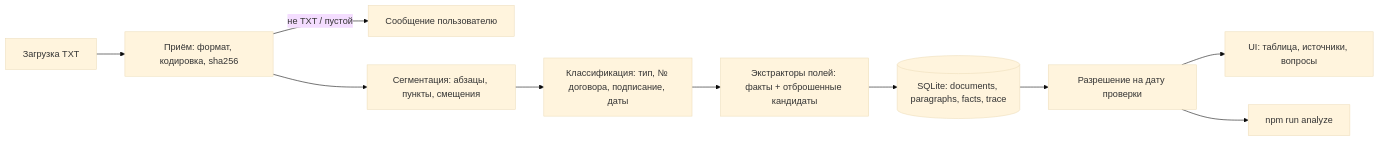
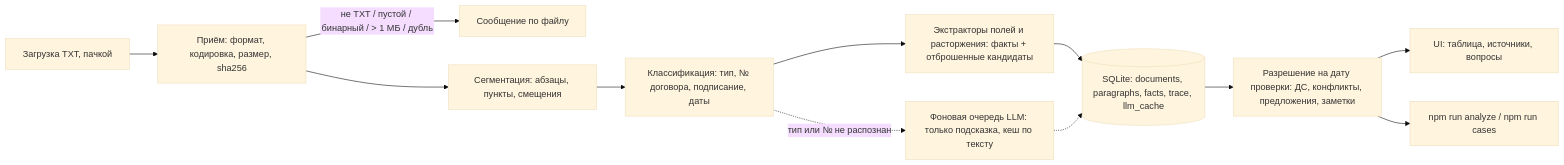
Before and after one commit to Abrosmaan/Test_Case_PO: the diagram in README.md, drawn with Mermaid (base theme). The commit also changed other lines of this file and 2 other files, not shown here.

Commit message:
Docs: vibe-coding report with AI errors, time by commits, quality section, ARCHITECTURE matches the code

````diff
--- a/README.md
+++ b/README.md
@@ -161,12 +173,14 @@
 ```mermaid
 flowchart LR
-  A[Загрузка TXT] --> B[Приём: формат, кодировка, sha256]
-  B -->|не TXT / пустой| X[Сообщение пользователю]
+  A[Загрузка TXT, пачкой] --> B[Приём: формат, кодировка, размер, sha256]
+  B -->|не TXT / пустой / бинарный / > 1 МБ / дубль| X[Сообщение по файлу]
   B --> C[Сегментация: абзацы, пункты, смещения]
   C --> D[Классификация: тип, № договора, подписание, даты]
-  D --> E[Экстракторы полей: факты + отброшенные кандидаты]
-  E --> G[(SQLite: documents, paragraphs, facts, trace)]
-  G --> F[Разрешение на дату проверки]
+  D --> E[Экстракторы полей и расторжения: факты + отброшенные кандидаты]
+  E --> G[(SQLite: documents, paragraphs, facts, trace, llm_cache)]
+  D -.->|тип или № не распознан| Q[Фоновая очередь LLM: только подсказка, кеш по тексту]
+  Q -.-> G
+  G --> F[Разрешение на дату проверки: ДС, конфликты, предложения, заметки]
   F --> H[UI: таблица, источники, вопросы]
-  F --> CLI[npm run analyze]
+  F --> CLI[npm run analyze / npm run cases]
 ```
````
